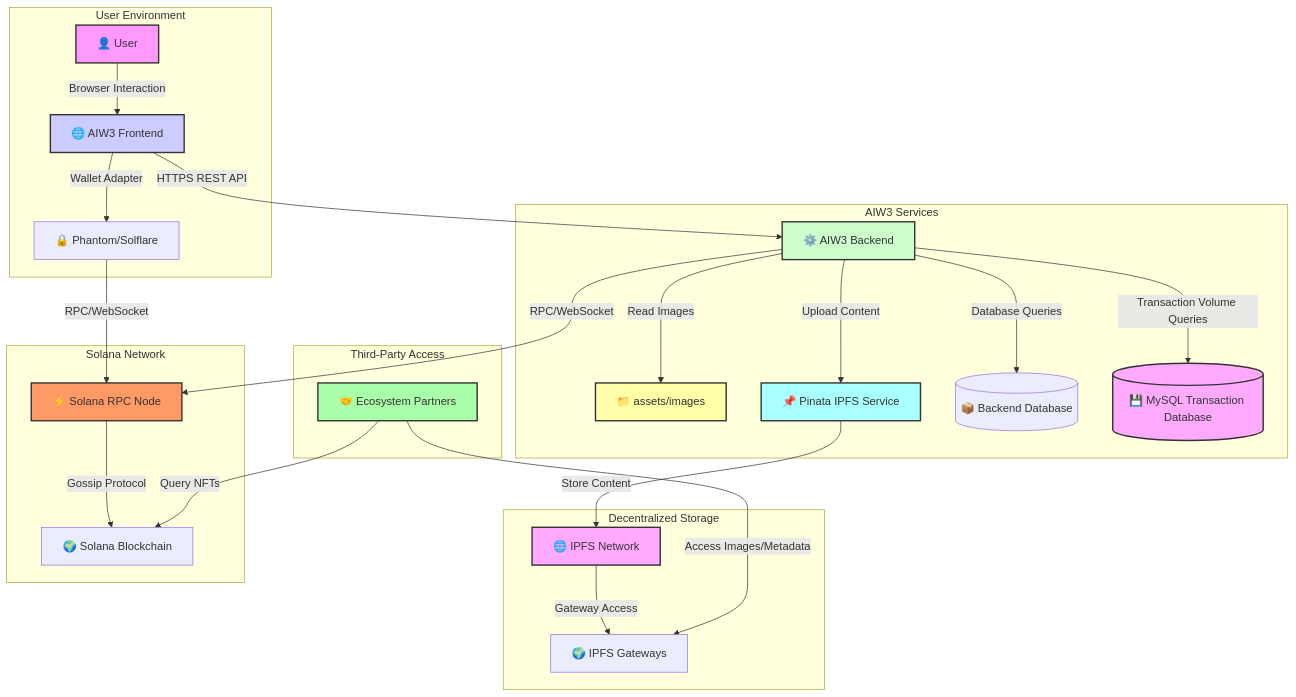
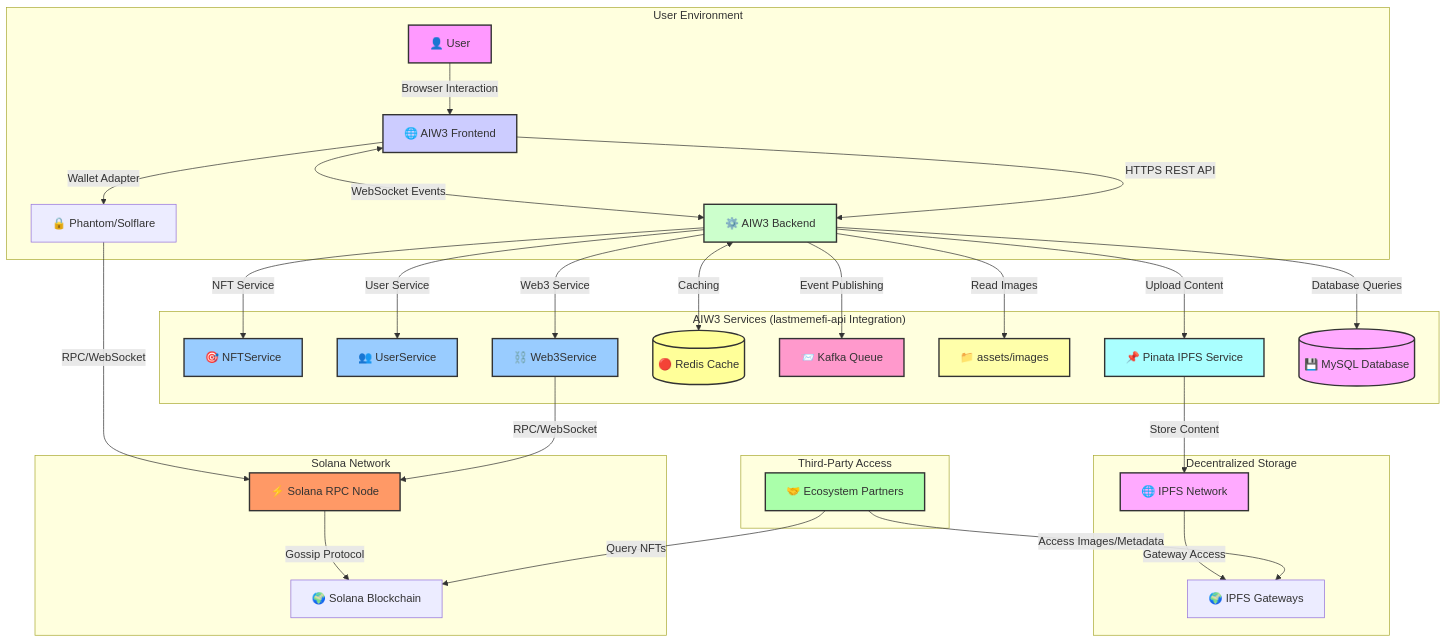
The second of 2 diagrams in docs/AIW3-NFT-System-Design.md (ljg-cqu/aiw3-nft-solana), drawn with Mermaid before and after one commit.

Commit message:
docs: update system architecture with microservices and caching components

````diff
--- a/docs/AIW3-NFT-System-Design.md
+++ b/docs/AIW3-NFT-System-Design.md
@@ -132,41 +132,51 @@
 ```mermaid
 graph TD
     subgraph "User Environment"
         User[👤 User] -->|Browser Interaction| Frontend[🌐 AIW3 Frontend]
         Frontend -->|Wallet Adapter| Wallet[🔒 Phantom/Solflare]
+        Frontend <-->|WebSocket Events| Backend
     end
 
-    subgraph "AIW3 Services"
+    subgraph "AIW3 Services (lastmemefi-api Integration)"
         Frontend -->|HTTPS REST API| Backend[⚙️ AIW3 Backend]
+        Backend -->|NFT Service| NFTService[🎯 NFTService]
+        Backend -->|User Service| UserService[👥 UserService]
+        Backend -->|Web3 Service| Web3Service[⛓️ Web3Service]
+        Backend <-->|Caching| Redis[(🔴 Redis Cache)]
+        Backend -->|Event Publishing| Kafka[📨 Kafka Queue]
         Backend -->|Read Images| Assets[📁 assets/images]
         Backend -->|Upload Content| PinataService[📌 Pinata IPFS Service]
-        Backend -->|Database Queries| DB[(📦 Backend Database)]
-        Backend -->|Transaction Volume Queries| TxDB[(💾 MySQL Transaction Database)]
+        Backend -->|Database Queries| MySQL[(💾 MySQL Database)]
     end
 
     subgraph "Decentralized Storage"
         PinataService -->|Store Content| IPFS[🌐 IPFS Network]
         IPFS -->|Gateway Access| IPFSGateway[🌍 IPFS Gateways]
     end
 
     subgraph "Solana Network"
         Wallet -->|RPC/WebSocket| SolanaNode[⚡️ Solana RPC Node]
-        Backend -->|RPC/WebSocket| SolanaNode
+        Web3Service -->|RPC/WebSocket| SolanaNode
         SolanaNode -->|Gossip Protocol| SolanaCluster[🌍 Solana Blockchain]
     end
 
     subgraph "Third-Party Access"
         Partners[🤝 Ecosystem Partners] -->|Query NFTs| SolanaCluster
         Partners -->|Access Images/Metadata| IPFSGateway
     end
 
     style User fill:#f9f,stroke:#333,stroke-width:2px
     style Frontend fill:#ccf,stroke:#333,stroke-width:2px
     style Backend fill:#cfc,stroke:#333,stroke-width:2px
+    style NFTService fill:#9cf,stroke:#333,stroke-width:2px
+    style UserService fill:#9cf,stroke:#333,stroke-width:2px
+    style Web3Service fill:#9cf,stroke:#333,stroke-width:2px
+    style Redis fill:#ff9,stroke:#333,stroke-width:2px
+    style Kafka fill:#f9c,stroke:#333,stroke-width:2px
     style Assets fill:#ffa,stroke:#333,stroke-width:2px
     style PinataService fill:#aff,stroke:#333,stroke-width:2px
-    style TxDB fill:#faf,stroke:#333,stroke-width:2px
+    style MySQL fill:#faf,stroke:#333,stroke-width:2px
     style IPFS fill:#faf,stroke:#333,stroke-width:2px
     style SolanaNode fill:#f96,stroke:#333,stroke-width:2px
     style Partners fill:#afa,stroke:#333,stroke-width:2px
 ```
````
